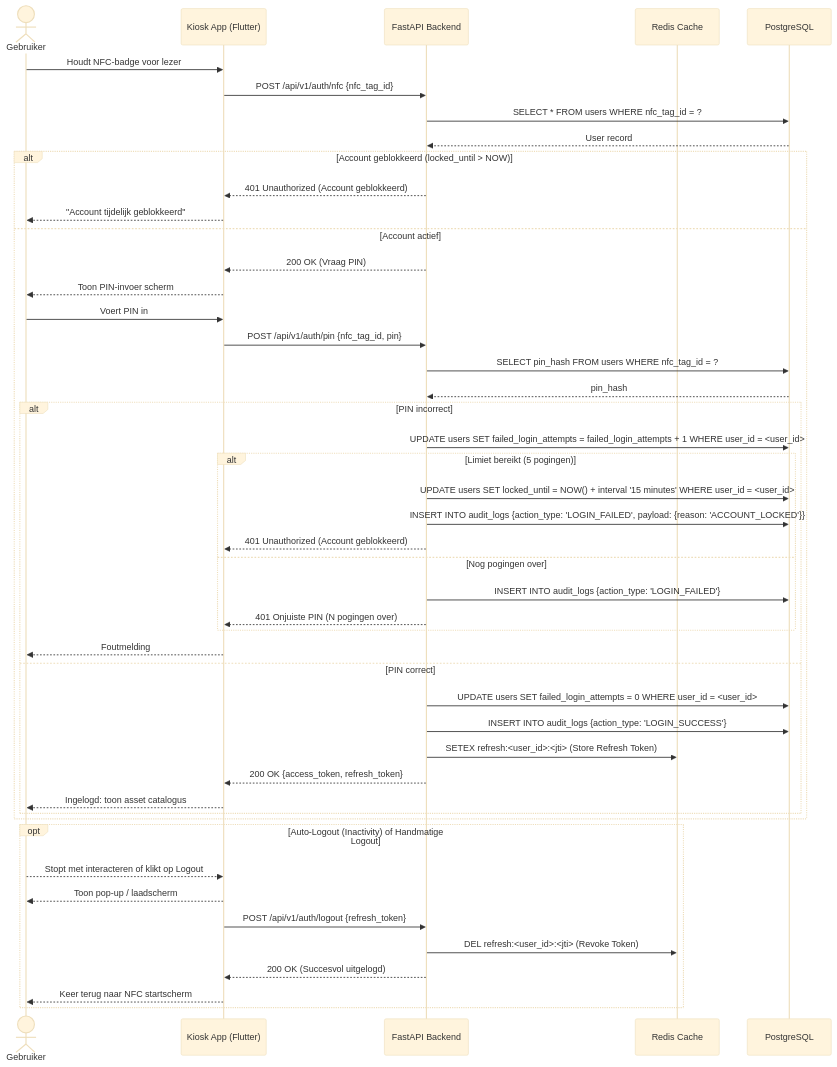
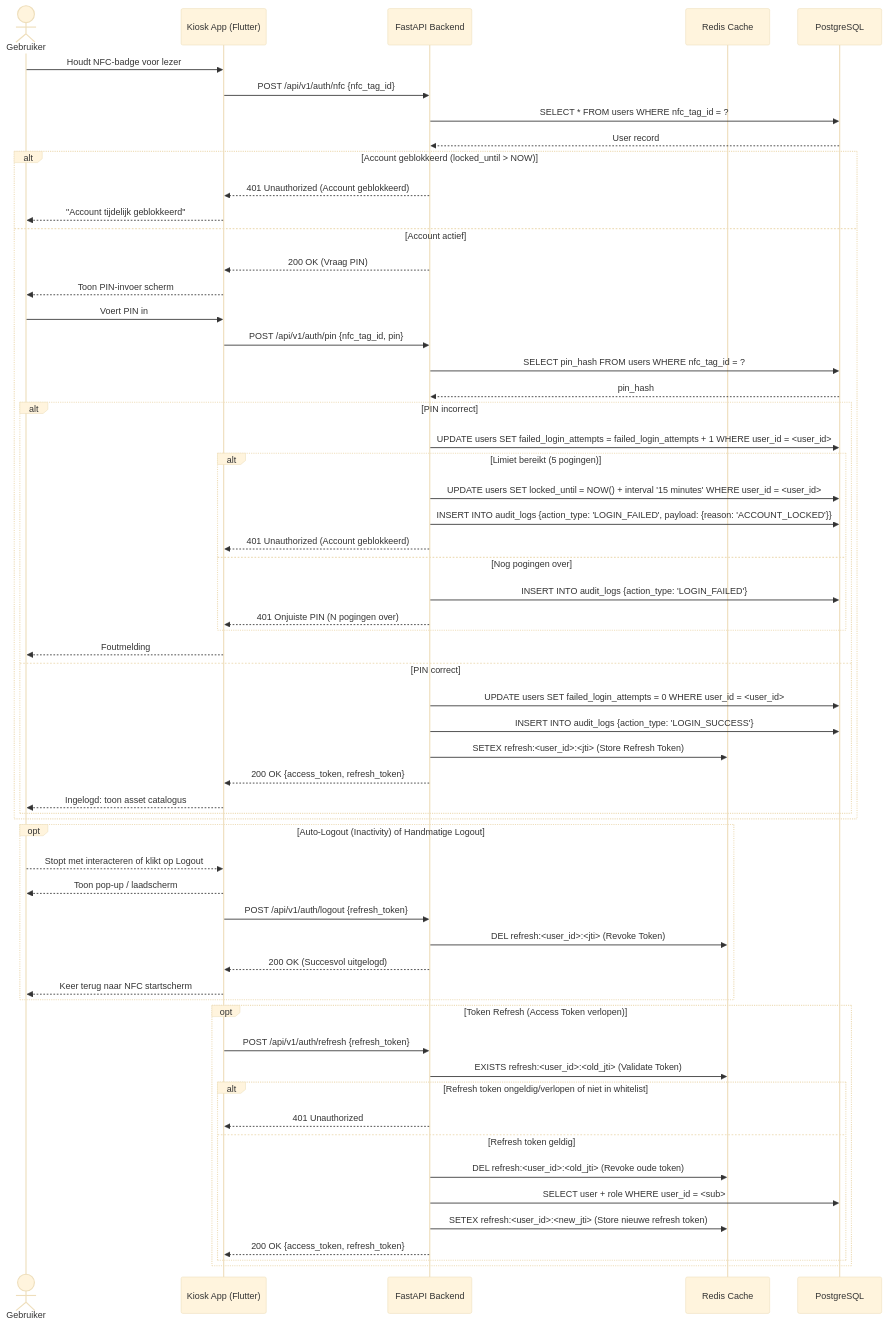
Before and after one commit to easylend-practice-enterprise/easylend: the diagram in docs/diagrams/sequence_auth.mmd, drawn with Mermaid (base theme). The commit also changed 4 other files, not shown here.

Commit message:
docs: update architecture diagrams and workflows for Redis refresh token logic

```diff
--- a/docs/diagrams/sequence_auth.mmd
+++ b/docs/diagrams/sequence_auth.mmd
@@ -1,51 +1,65 @@
 sequenceDiagram
     actor User as Gebruiker
     participant App as Kiosk App (Flutter)
     participant API as FastAPI Backend
     participant Redis as Redis Cache
     participant DB as PostgreSQL
 
     User->>App: Houdt NFC-badge voor lezer
     App->>API: POST /api/v1/auth/nfc {nfc_tag_id}
     API->>DB: SELECT * FROM users WHERE nfc_tag_id = ?
     DB-->>API: User record
 
     alt Account geblokkeerd (locked_until > NOW)
         API-->>App: 401 Unauthorized (Account geblokkeerd)
         App-->>User: "Account tijdelijk geblokkeerd"
     else Account actief
         API-->>App: 200 OK (Vraag PIN)
         App-->>User: Toon PIN-invoer scherm
         User->>App: Voert PIN in
         App->>API: POST /api/v1/auth/pin {nfc_tag_id, pin}
         API->>DB: SELECT pin_hash FROM users WHERE nfc_tag_id = ?
         DB-->>API: pin_hash
 
         alt PIN incorrect
             API->>DB: UPDATE users SET failed_login_attempts = failed_login_attempts + 1 WHERE user_id = <user_id>
             alt Limiet bereikt (5 pogingen)
                 API->>DB: UPDATE users SET locked_until = NOW() + interval '15 minutes' WHERE user_id = <user_id>
                 API->>DB: INSERT INTO audit_logs {action_type: 'LOGIN_FAILED', payload: {reason: 'ACCOUNT_LOCKED'}}
                 API-->>App: 401 Unauthorized (Account geblokkeerd)
             else Nog pogingen over
                 API->>DB: INSERT INTO audit_logs {action_type: 'LOGIN_FAILED'}
                 API-->>App: 401 Onjuiste PIN (N pogingen over)
             end
             App-->>User: Foutmelding
         else PIN correct
             API->>DB: UPDATE users SET failed_login_attempts = 0 WHERE user_id = <user_id>
             API->>DB: INSERT INTO audit_logs {action_type: 'LOGIN_SUCCESS'}
             API->>Redis: SETEX refresh:<user_id>:<jti> (Store Refresh Token)
             API-->>App: 200 OK {access_token, refresh_token}
             App-->>User: Ingelogd: toon asset catalogus
         end
     end
 
     opt Auto-Logout (Inactivity) of Handmatige Logout
         User-->>App: Stopt met interacteren of klikt op Logout
         App-->>User: Toon pop-up / laadscherm
         App->>API: POST /api/v1/auth/logout {refresh_token}
         API->>Redis: DEL refresh:<user_id>:<jti> (Revoke Token)
         API-->>App: 200 OK (Succesvol uitgelogd)
         App-->>User: Keer terug naar NFC startscherm
     end
+
+    opt Token Refresh (Access Token verlopen)
+        App->>API: POST /api/v1/auth/refresh {refresh_token}
+        API->>Redis: EXISTS refresh:<user_id>:<old_jti> (Validate Token)
+
+        alt Refresh token ongeldig/verlopen of niet in whitelist
+            API-->>App: 401 Unauthorized
+        else Refresh token geldig
+            API->>Redis: DEL refresh:<user_id>:<old_jti> (Revoke oude token)
+            API->>DB: SELECT user + role WHERE user_id = <sub>
+            API->>Redis: SETEX refresh:<user_id>:<new_jti> (Store nieuwe refresh token)
+            API-->>App: 200 OK {access_token, refresh_token}
+        end
+    end
```
